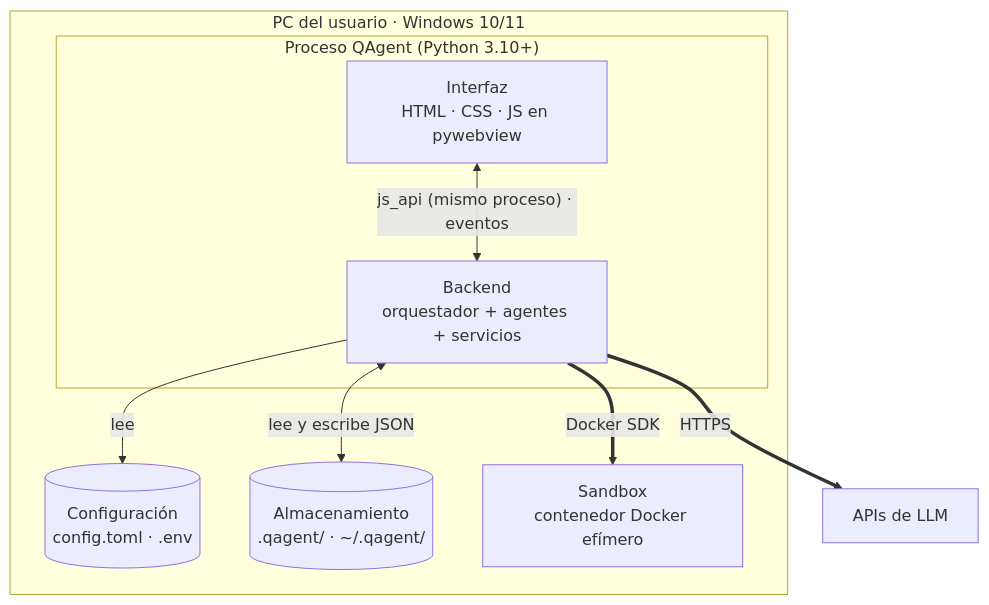
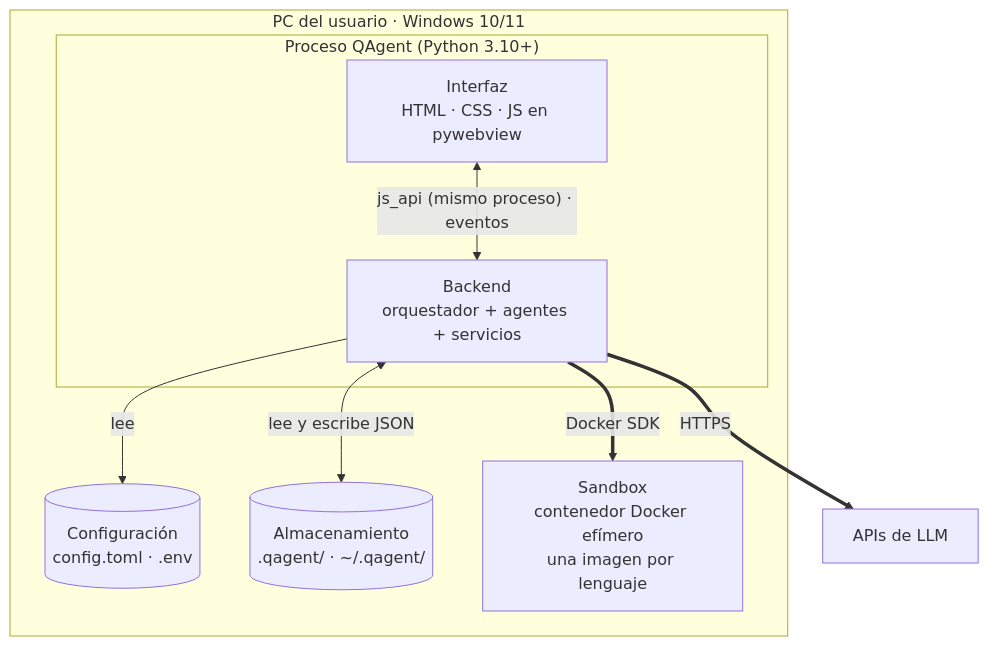
Before and after one commit to AngelOncoy/QAgent: the second of 12 diagrams in docs/arquitectura.md, drawn with Mermaid. The commit also changed other lines of this file, not shown here.

````diff
--- a/docs/arquitectura.md
+++ b/docs/arquitectura.md
@@ -93,19 +110,19 @@
 ```mermaid
 flowchart TB
     subgraph PC["PC del usuario · Windows 10/11"]
         subgraph PROC["Proceso QAgent (Python 3.10+)"]
             UI["Interfaz<br/>HTML · CSS · JS en pywebview"]
             BE["Backend<br/>orquestador + agentes + servicios"]
         end
         CFG[("Configuración<br/>config.toml · .env")]
         STO[("Almacenamiento<br/>.qagent/ · ~/.qagent/")]
-        SB["Sandbox<br/>contenedor Docker efímero"]
+        SB["Sandbox<br/>contenedor Docker efímero<br/>una imagen por lenguaje"]
     end
     API["APIs de LLM"]
 
     UI <-->|"js_api (mismo proceso) · eventos"| BE
     BE -->|lee| CFG
     BE <-->|"lee y escribe JSON"| STO
     BE ==>|"Docker SDK"| SB
     BE ==>|HTTPS| API
 ```
````
